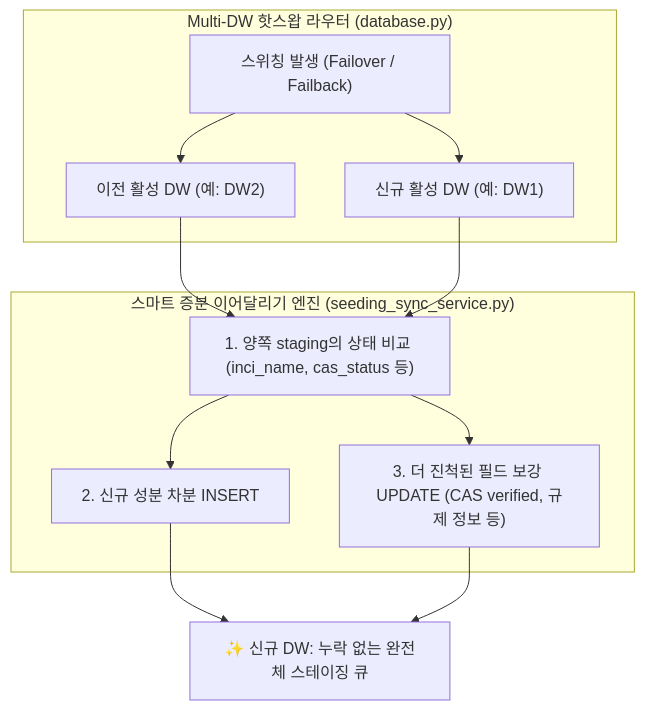
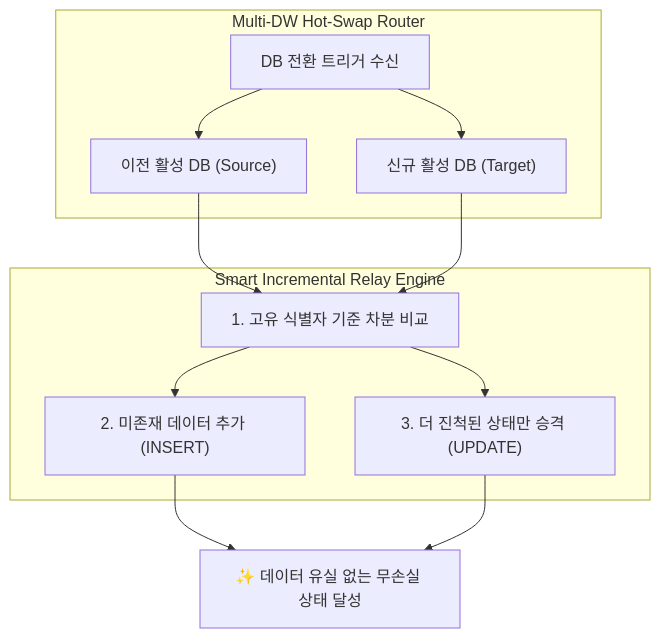
The diagram in content/posts/picksafe/2026-09-10-Multi-DW-스마트-증분-이어달리기-Smart-Incremental-Relay-아키텍처.md (daniel-dataflow/daniel-dataflow.github.io), drawn with Mermaid before and after one commit. The commit also changed other lines of this file and 64 other files, not shown here.

````diff
--- a/content/posts/picksafe/2026-09-10-Multi-DW-스마트-증분-이어달리기-Smart-Incremental-Relay-아키텍처.md
+++ b/content/posts/picksafe/2026-09-10-Multi-DW-스마트-증분-이어달리기-Smart-Incremental-Relay-아키텍처.md
@@ -50,23 +64,23 @@
 ```mermaid
 flowchart TD
-    subgraph DW_Handover ["Multi-DW 핫스왑 라우터 (database.py)"]
-        TRIGGER["스위칭 발생 (Failover / Failback)"]
-        OLD_DW["이전 활성 DW (예: DW2)"]
-        NEW_DW["신규 활성 DW (예: DW1)"]
+    subgraph Router ["Multi-DW Hot-Swap Router"]
+        TRIGGER["DB 전환 트리거 수신"]
+        SOURCE["이전 활성 DB (Source)"]
+        TARGET["신규 활성 DB (Target)"]
     end
 
-    subgraph Relay_Engine ["스마트 증분 이어달리기 엔진 (seeding_sync_service.py)"]
-        READ_DIFF["1. 양쪽 staging의 상태 비교 (inci_name, cas_status 등)"]
-        INSERT_NEW["2. 신규 성분 차분 INSERT"]
-        UPDATE_PROG["3. 더 진척된 필드 보강 UPDATE (CAS verified, 규제 정보 등)"]
+    subgraph Relay_Engine ["Smart Incremental Relay Engine"]
+        DIFF["1. 고유 식별자 기준 차분 비교"]
+        INSERT_NEW["2. 미존재 데이터 추가 (INSERT)"]
+        UPDATE_PROG["3. 더 진척된 상태만 승격 (UPDATE)"]
     end
 
-    TRIGGER --> OLD_DW
-    TRIGGER --> NEW_DW
-    OLD_DW --> READ_DIFF
-    NEW_DW --> READ_DIFF
-    READ_DIFF --> INSERT_NEW
-    READ_DIFF --> UPDATE_PROG
-    INSERT_NEW --> MERGED_STAGING["✨ 신규 DW: 누락 없는 완전체 스테이징 큐"]
-    UPDATE_PROG --> MERGED_STAGING
+    TRIGGER --> SOURCE
+    TRIGGER --> TARGET
+    SOURCE --> DIFF
+    TARGET --> DIFF
+    DIFF --> INSERT_NEW
+    DIFF --> UPDATE_PROG
+    INSERT_NEW --> MERGED["✨ 데이터 유실 없는 무손실 상태 달성"]
+    UPDATE_PROG --> MERGED
 ```
````
